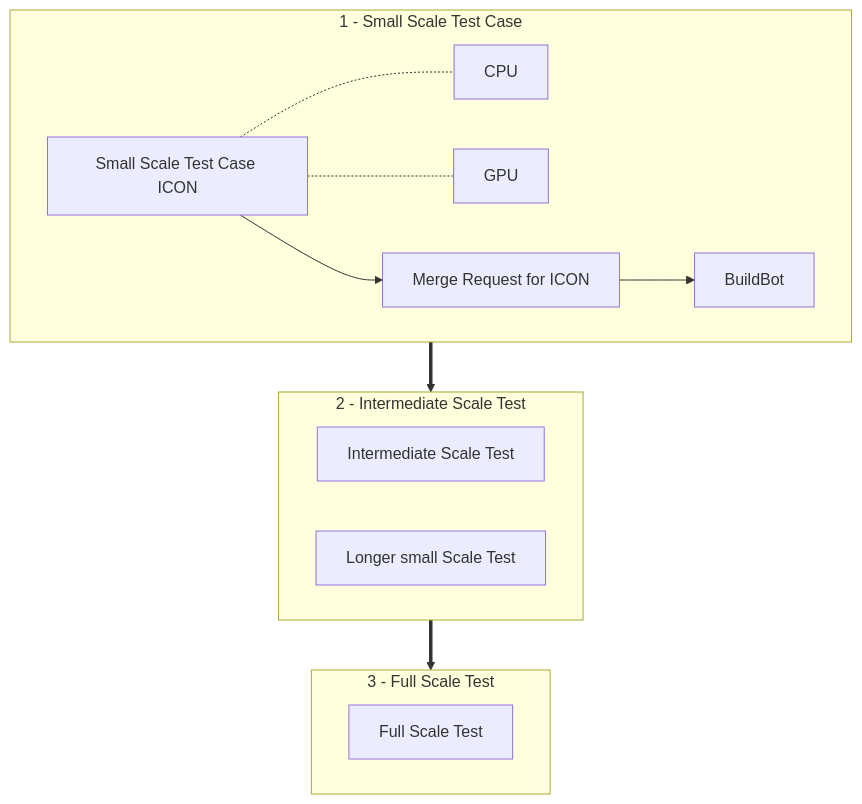
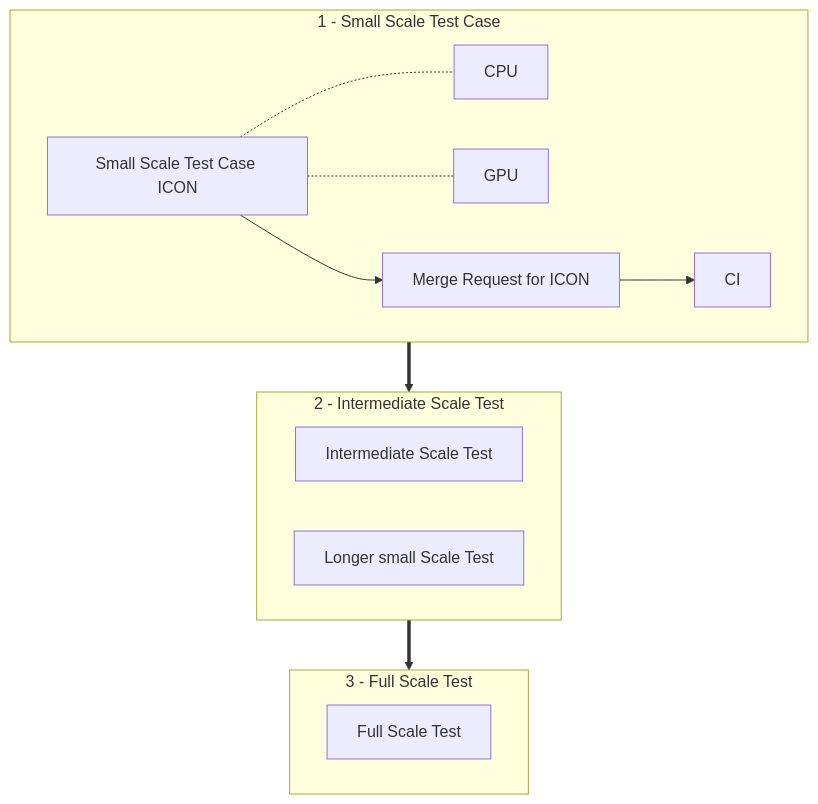
Before and after one commit to C2SM/c2sm.github.io: the diagram in docs/models/icon/validate_custom_namelist.md, drawn with Mermaid.

Commit message:
Change buildbot to CI

````diff
--- a/docs/models/icon/validate_custom_namelist.md
+++ b/docs/models/icon/validate_custom_namelist.md
@@ -9,16 +9,16 @@
 ```mermaid
 flowchart TD
     subgraph SMALL["1 - Small Scale Test Case"]
         STnwp[Small Scale Test Case ICON] -.- CPU & GPU
         STnwp --> MR[Merge Request for ICON]
-        MR --> BB[BuildBot]
+        MR --> CI[CI]
     end
     subgraph INT["2 - Intermediate Scale Test"]
         IT[Intermediate Scale Test] & LST[Longer small Scale Test]
     end
     subgraph FULL["3 - Full Scale Test"]
         direction LR
         FT[Full Scale Test]
     end
     SMALL ==> INT ==> FULL
 ```
````
